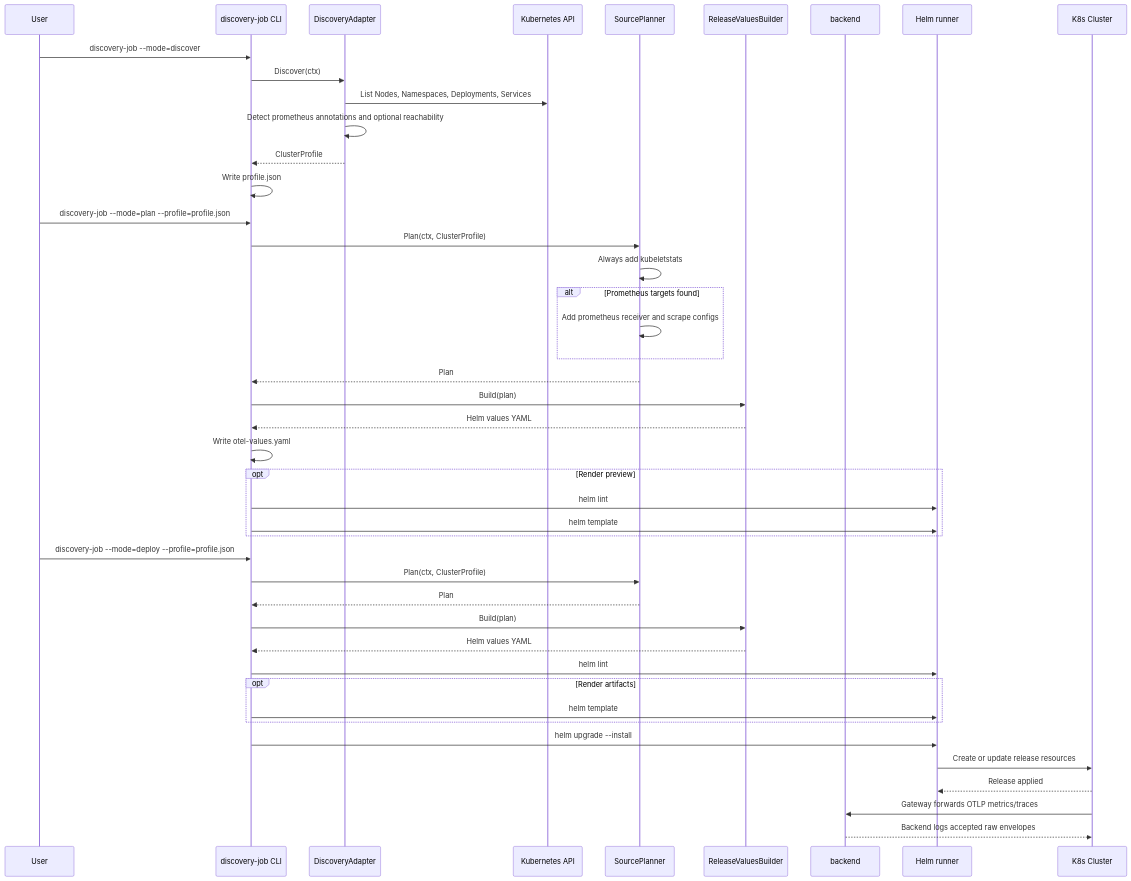
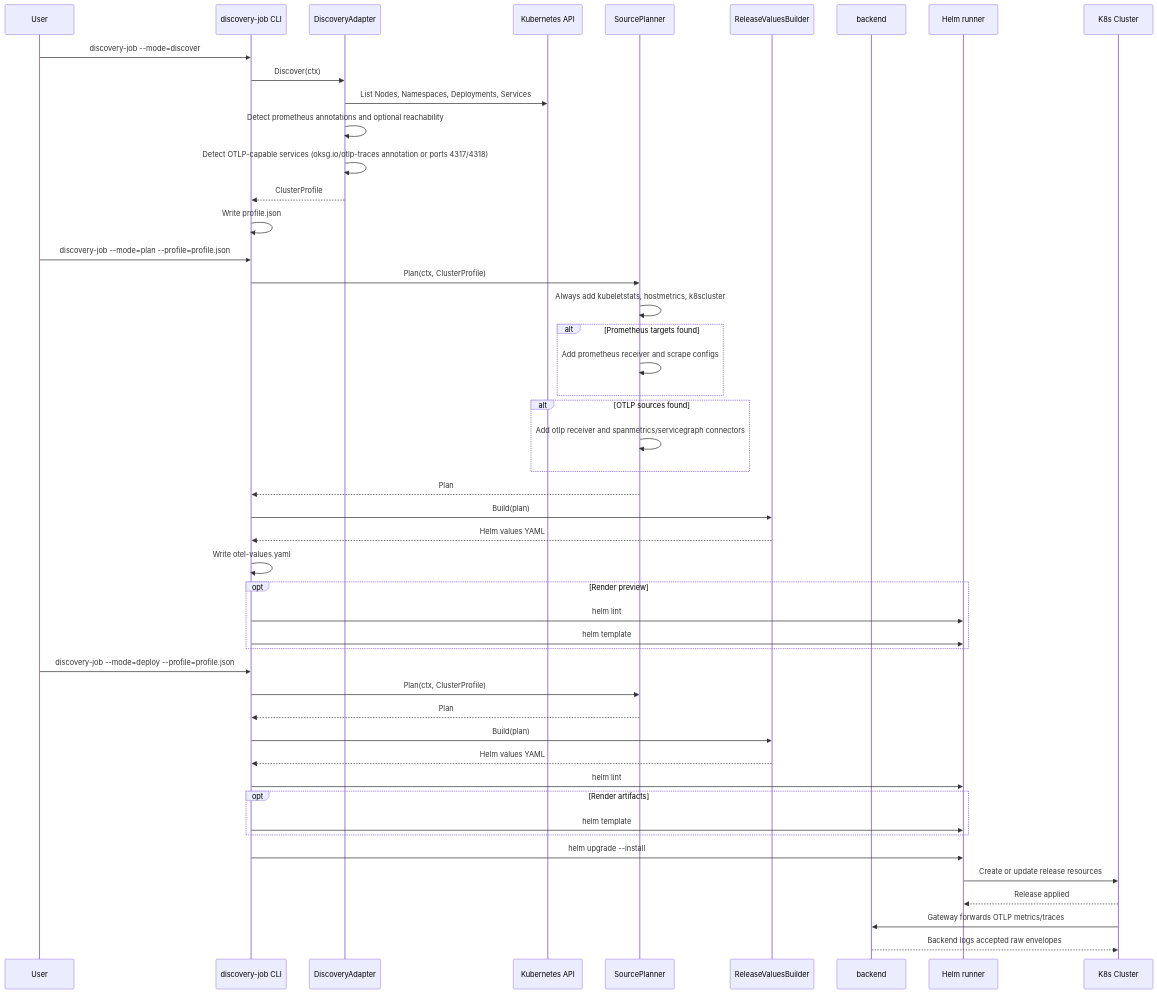
Before and after one commit to erickivel/karthos: the diagram in docs/discovery-flow.md, drawn with Mermaid. The commit also changed other lines of this file and 26 other files, not shown here.

````diff
--- a/docs/discovery-flow.md
+++ b/docs/discovery-flow.md
@@ -7,49 +7,53 @@
 ```mermaid
 sequenceDiagram
     participant User
     participant CLI as discovery-job CLI
     participant DA as DiscoveryAdapter
     participant K8s as Kubernetes API
     participant SP as SourcePlanner
     participant RV as ReleaseValuesBuilder
     participant B as backend
     participant H as Helm runner
     participant Cluster as K8s Cluster
 
     User->>CLI: discovery-job --mode=discover
     CLI->>DA: Discover(ctx)
     DA->>K8s: List Nodes, Namespaces, Deployments, Services
     DA->>DA: Detect prometheus annotations and optional reachability
+    DA->>DA: Detect OTLP-capable services (oksg.io/otlp-traces annotation or ports 4317/4318)
     DA-->>CLI: ClusterProfile
     CLI->>CLI: Write profile.json
 
     User->>CLI: discovery-job --mode=plan --profile=profile.json
     CLI->>SP: Plan(ctx, ClusterProfile)
-    SP->>SP: Always add kubeletstats
+    SP->>SP: Always add kubeletstats, hostmetrics, k8scluster
     alt Prometheus targets found
         SP->>SP: Add prometheus receiver and scrape configs
+    end
+    alt OTLP sources found
+        SP->>SP: Add otlp receiver and spanmetrics/servicegraph connectors
     end
     SP-->>CLI: Plan
     CLI->>RV: Build(plan)
     RV-->>CLI: Helm values YAML
     CLI->>CLI: Write otel-values.yaml
     opt Render preview
         CLI->>H: helm lint
         CLI->>H: helm template
     end
 
     User->>CLI: discovery-job --mode=deploy --profile=profile.json
     CLI->>SP: Plan(ctx, ClusterProfile)
     SP-->>CLI: Plan
     CLI->>RV: Build(plan)
     RV-->>CLI: Helm values YAML
     CLI->>H: helm lint
     opt Render artifacts
         CLI->>H: helm template
     end
     CLI->>H: helm upgrade --install
     H->>Cluster: Create or update release resources
     Cluster-->>H: Release applied
     Cluster->>B: Gateway forwards OTLP metrics/traces
     B-->>Cluster: Backend logs accepted raw envelopes
 ```
````
